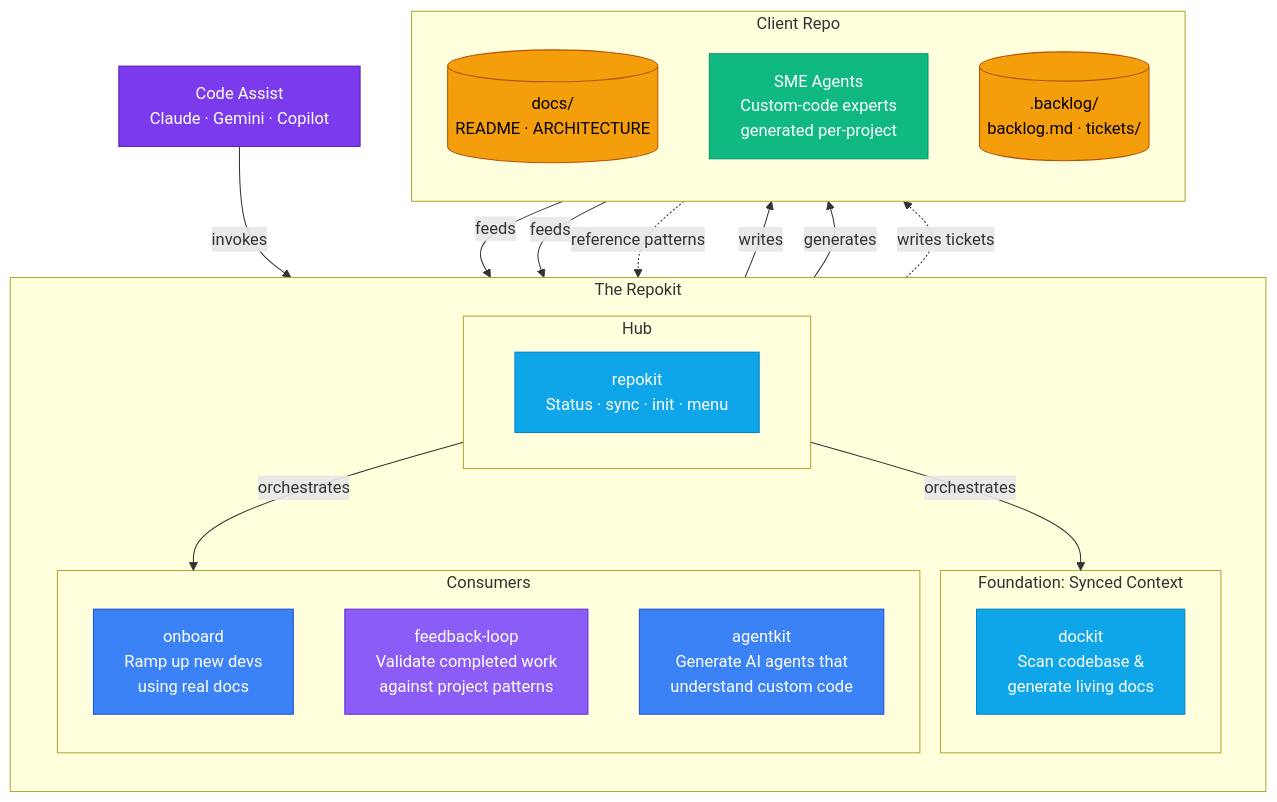
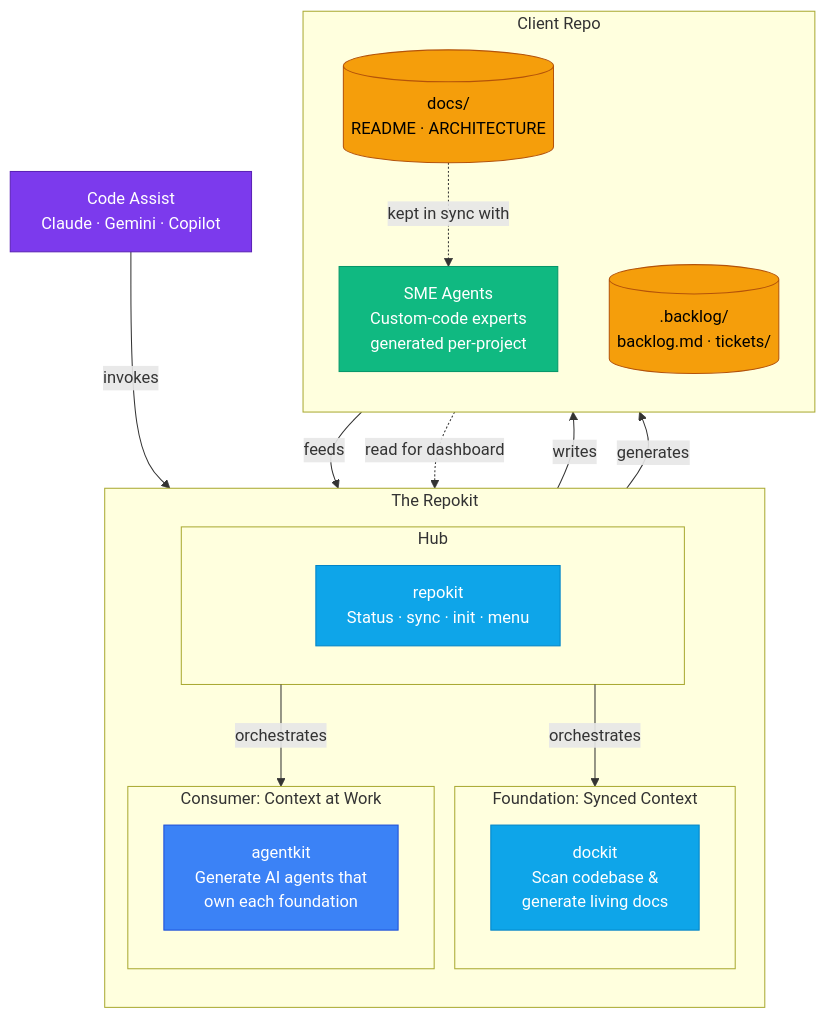
Before and after one commit to TheLampshady/repokit: the first of 4 diagrams in README.md, drawn with Mermaid. The commit also changed other lines of this file and 21 other files, not shown here.

First line of the commit message:
[TASK] :: Remove onboard and feedback-loop — tighten to dockit + agentkit + hub.

````diff
--- a/README.md
+++ b/README.md
@@ -177,56 +173,51 @@
 ```mermaid
 graph TD
     subgraph repokit["The Repokit"]
         direction TB
 
         subgraph hub["Hub"]
             S_repokit["repokit<br/>Status · sync · init · menu"]
         end
 
         subgraph foundation["Foundation: Synced Context"]
             S_dockit["dockit<br/>Scan codebase &<br/>generate living docs"]
         end
 
-        subgraph consumers["Consumers"]
-            S_onboard["onboard<br/>Ramp up new devs<br/>using real docs"]
-            A_feedback["feedback-loop<br/>Validate completed work<br/>against project patterns"]
-            S_agentkit["agentkit<br/>Generate AI agents that<br/>understand custom code"]
+        subgraph consumers["Consumer: Context at Work"]
+            S_agentkit["agentkit<br/>Generate AI agents that<br/>own each foundation"]
         end
     end
 
     subgraph client_repo["Client Repo"]
         direction TB
         Docs[("docs/<br/>README · ARCHITECTURE")]
         SME["SME Agents<br/>Custom-code experts<br/>generated per-project"]
         Spec[(".backlog/<br/>backlog.md · tickets/")]
     end
 
     CA["Code Assist<br/>Claude · Gemini · Copilot"]
 
     CA -->|"invokes"| hub
     hub -->|"orchestrates"| foundation
     hub -->|"orchestrates"| consumers
 
     S_dockit -->|"writes"| Docs
-    Docs -->|"feeds"| S_onboard
     Docs -->|"feeds"| S_agentkit
-    Docs -.->|"reference patterns"| A_feedback
 
     S_agentkit -->|"generates"| SME
-    A_feedback -.->|"writes tickets"| Spec
+    Docs -.->|"kept in sync with"| SME
+    Spec -.->|"read for dashboard"| S_repokit
 
     classDef skill   fill:#3b82f6,stroke:#1d4ed8,color:#fff
-    classDef agent   fill:#8b5cf6,stroke:#6d28d9,color:#fff
     classDef storage fill:#f59e0b,stroke:#b45309,color:#000
     classDef ai      fill:#7c3aed,stroke:#5b21b6,color:#fff
     classDef found   fill:#0ea5e9,stroke:#0284c7,color:#fff
     classDef sme     fill:#10b981,stroke:#059669,color:#fff
 
     class S_repokit found
-    class S_onboard,S_agentkit skill
-    class A_feedback agent
+    class S_agentkit skill
     class Docs,Spec storage
     class CA ai
     class SME sme
     class S_dockit found
 ```
````
